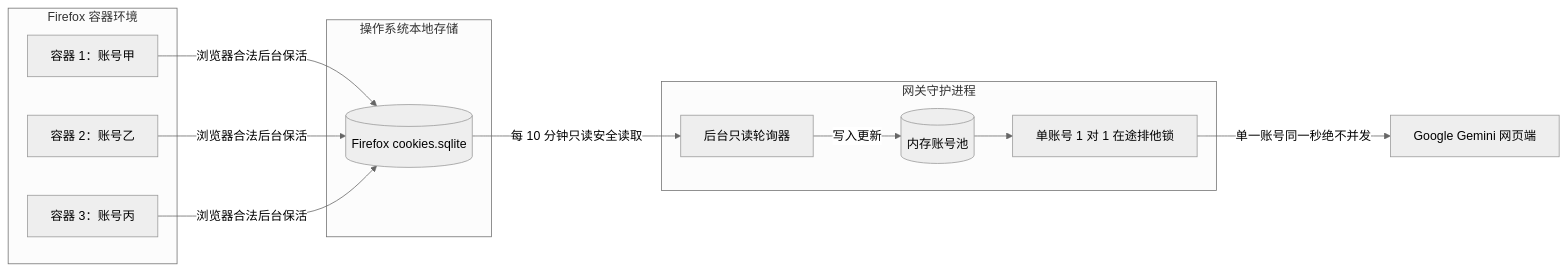
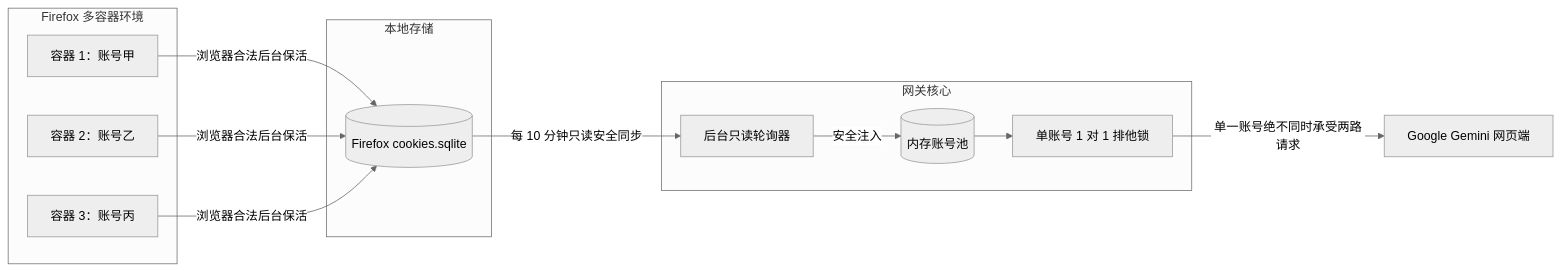
Before and after one commit to ab410010066-byte/gemini-free-api: the second of 2 diagrams in README_CN.md, drawn with Mermaid (neutral theme). The commit also changed other lines of this file and 3 other files, not shown here.

````diff
--- a/README_CN.md
+++ b/README_CN.md
@@ -79,27 +101,27 @@
 ```mermaid
 flowchart LR
-    subgraph Firefox 容器环境
+    subgraph Firefox 多容器环境
         C1[容器 1：账号甲]
         C2[容器 2：账号乙]
         C3[容器 3：账号丙]
     end
 
-    subgraph 操作系统本地存储
+    subgraph 本地存储
         SQLite[(Firefox cookies.sqlite)]
     end
 
-    subgraph 网关守护进程
+    subgraph 网关核心
         Poller[后台只读轮询器]
         Pool[(内存账号池)]
-        InflightLock[单账号 1 对 1 在途排他锁]
+        InflightLock[单账号 1 对 1 排他锁]
     end
 
     C1 -->|浏览器合法后台保活| SQLite
     C2 -->|浏览器合法后台保活| SQLite
     C3 -->|浏览器合法后台保活| SQLite
 
-    SQLite -->|每 10 分钟只读安全读取| Poller
-    Poller -->|写入更新| Pool
+    SQLite -->|每 10 分钟只读安全同步| Poller
+    Poller -->|安全注入| Pool
     Pool --> InflightLock
-    InflightLock -->|单一账号同一秒绝不并发| Upstream[Google Gemini 网页端]
+    InflightLock -->|单一账号绝不同时承受两路请求| Upstream[Google Gemini 网页端]
 ```
````
